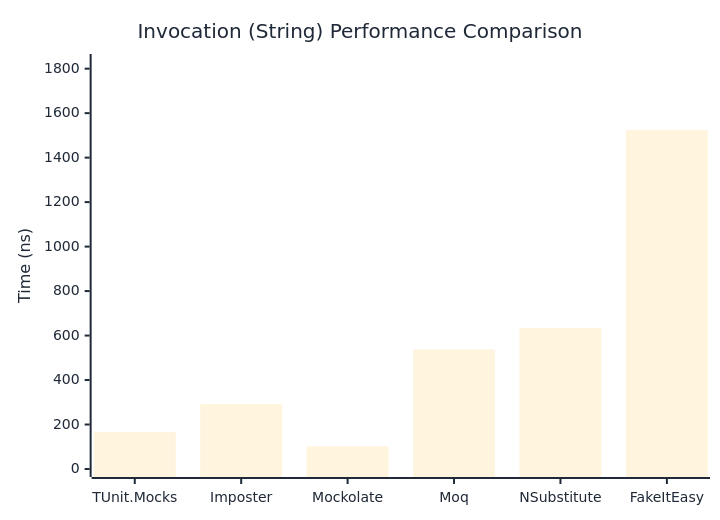
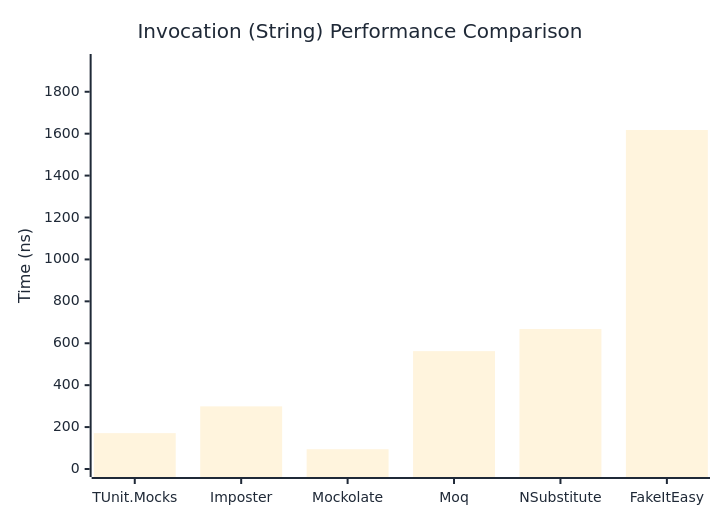
One commit to thomhurst/TUnit changed the second of 3 diagrams in docs/docs/benchmarks/mocks/Invocation.md. Above: the diagram before and after it, drawn with Mermaid. The commit also changed other lines of this file and 14 other files, not shown here.

````diff
--- a/docs/docs/benchmarks/mocks/Invocation.md
+++ b/docs/docs/benchmarks/mocks/Invocation.md
@@ -71,27 +71,27 @@
 ```mermaid
 %%{init: {
   'theme':'base',
   'themeVariables': {
     'primaryColor': '#2563eb',
     'primaryTextColor': '#1f2937',
     'primaryBorderColor': '#1e40af',
     'lineColor': '#6b7280',
     'secondaryColor': '#7c3aed',
     'tertiaryColor': '#dc2626',
     'background': '#ffffff',
     'pie1': '#2563eb',
     'pie2': '#7c3aed',
     'pie3': '#dc2626',
     'pie4': '#f59e0b',
     'pie5': '#10b981',
     'pie6': '#06b6d4',
     'pie7': '#ec4899',
     'pie8': '#6366f1'
   }
 }}%%
 xychart-beta
   title "Invocation (String) Performance Comparison"
   x-axis ["TUnit.Mocks", "Imposter", "Mockolate", "Moq", "NSubstitute", "FakeItEasy"]
-  y-axis "Time (ns)" 0 --> 1830
-  bar [167.2, 291.7, 101.8, 537.6, 634.4, 1524.3]
+  y-axis "Time (ns)" 0 --> 1942
+  bar [171.11, 298.89, 94.42, 562.45, 667.74, 1617.52]
 ```
````
